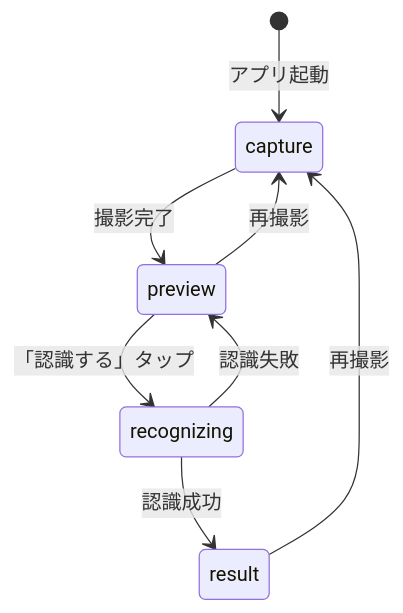
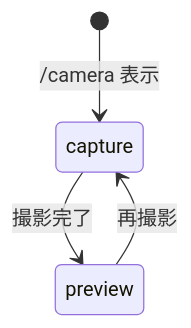
The eighth of 10 diagrams in docs/design/pie-recognition/dataflow.md (shokkunrf/nanjara), drawn with Mermaid before and after one commit. The commit also changed other lines of this file and 21 other files, not shown here.

````diff
--- a/docs/design/pie-recognition/dataflow.md
+++ b/docs/design/pie-recognition/dataflow.md
@@ -269,10 +298,6 @@
 ```mermaid
 stateDiagram-v2
-    [*] --> capture: アプリ起動
+    [*] --> capture: /camera 表示
     capture --> preview: 撮影完了
     preview --> capture: 再撮影
-    preview --> recognizing: 「認識する」タップ
-    recognizing --> result: 認識成功
-    recognizing --> preview: 認識失敗
-    result --> capture: 再撮影
 ```
````
